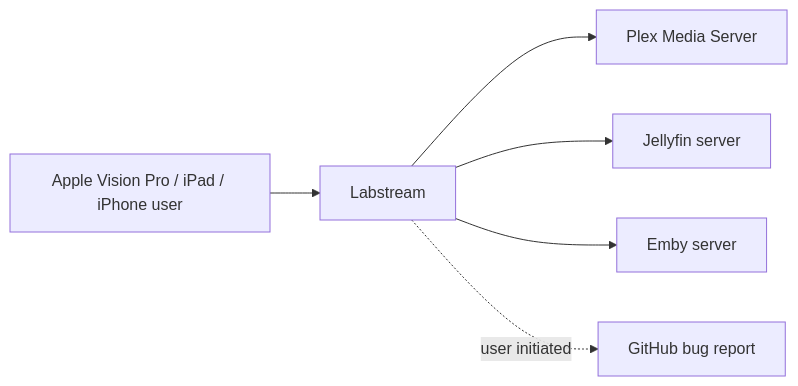
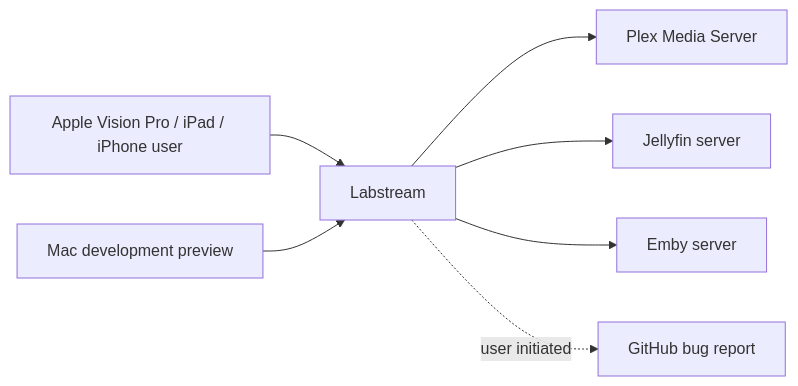
One commit to jlipworth/Labstream changed the diagram in docs/index.md. Above: the diagram before and after it, drawn with Mermaid. The commit also changed other lines of this file and 33 other files, not shown here.

Commit message:
docs: align architecture and workflows with current code

````diff
--- a/docs/index.md
+++ b/docs/index.md
@@ -5,8 +10,9 @@
 ```mermaid
 flowchart LR
   User[Apple Vision Pro / iPad / iPhone user] --> App[Labstream]
+  Mac[Mac development preview] --> App
   App --> Plex[Plex Media Server]
   App --> Jellyfin[Jellyfin server]
   App --> Emby[Emby server]
   App -. user initiated .-> Issue[GitHub bug report]
 ```
````
